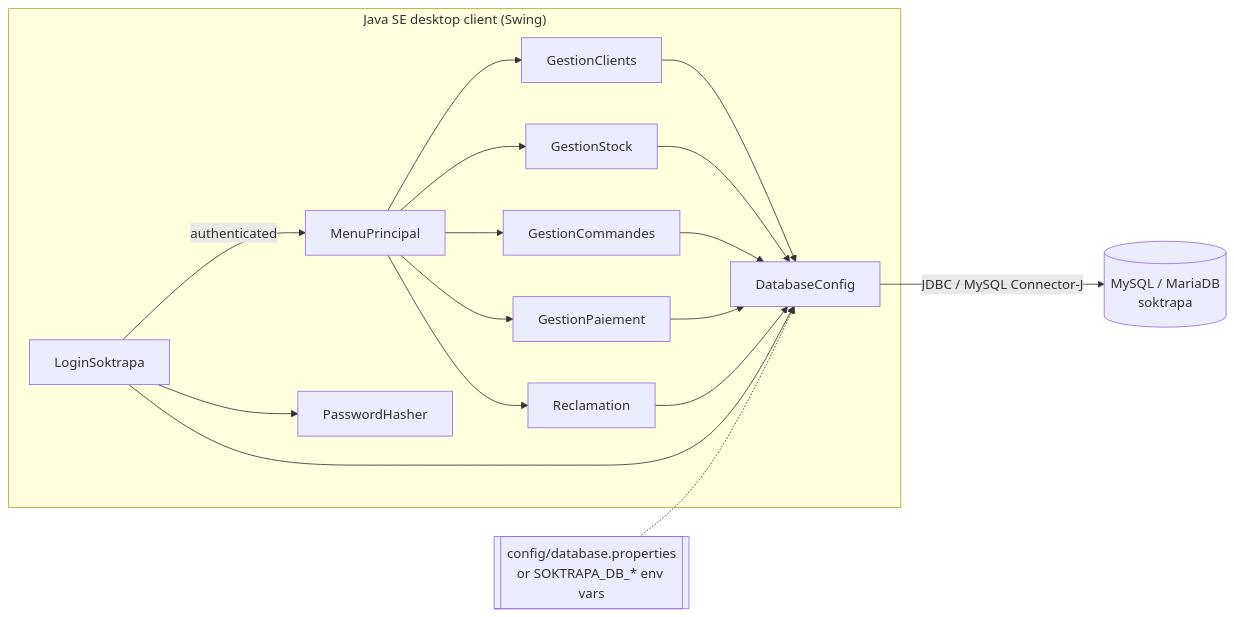
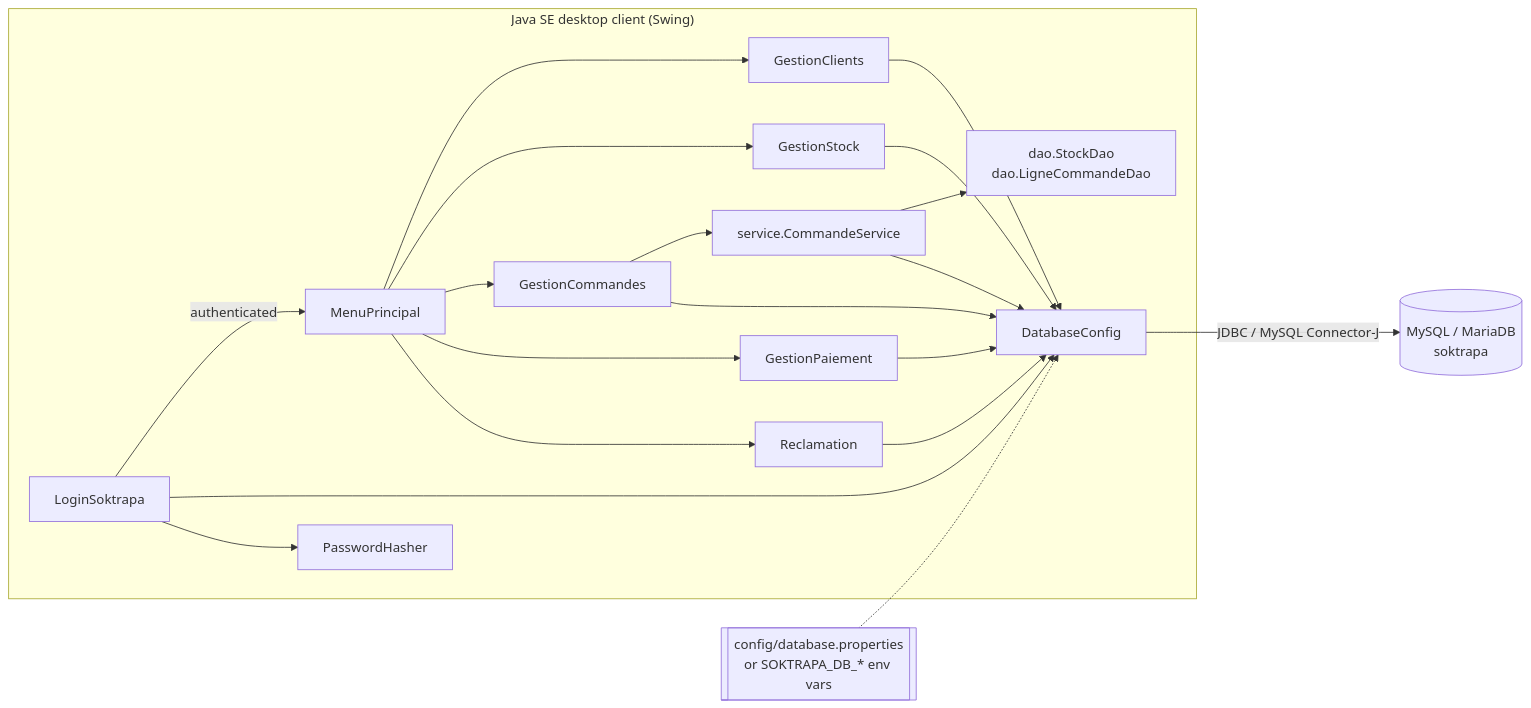
Before and after one commit to Edambi12/sales-management-information-system: the diagram in docs/architecture.md, drawn with Mermaid. The commit also changed other lines of this file and 6 other files, not shown here.

````diff
--- a/docs/architecture.md
+++ b/docs/architecture.md
@@ -14,15 +17,17 @@
 ```mermaid
 flowchart LR
     subgraph Client["Java SE desktop client (Swing)"]
         L[LoginSoktrapa] -->|authenticated| M[MenuPrincipal]
         M --> C[GestionClients]
         M --> S[GestionStock]
         M --> O[GestionCommandes]
         M --> P[GestionPaiement]
         M --> R[Reclamation]
-        C & S & O & P & R & L --> CFG[DatabaseConfig]
+        O --> SV[service.CommandeService]
+        SV --> DAO[dao.StockDao<br/>dao.LigneCommandeDao]
+        C & S & O & P & R & L & SV --> CFG[DatabaseConfig]
         L --> H[PasswordHasher]
     end
     CFG -->|JDBC / MySQL Connector-J| DB[(MySQL / MariaDB<br/>soktrapa)]
     F[[config/database.properties<br/>or SOKTRAPA_DB_* env vars]] -.-> CFG
 ```
````
